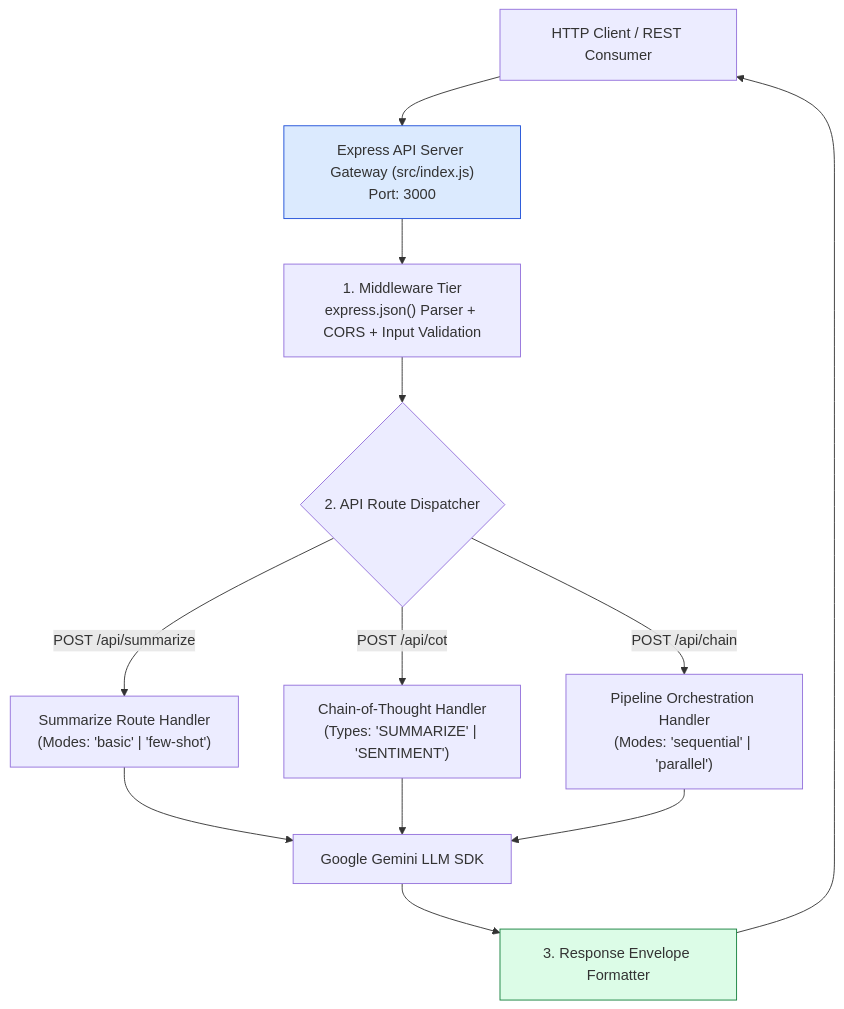
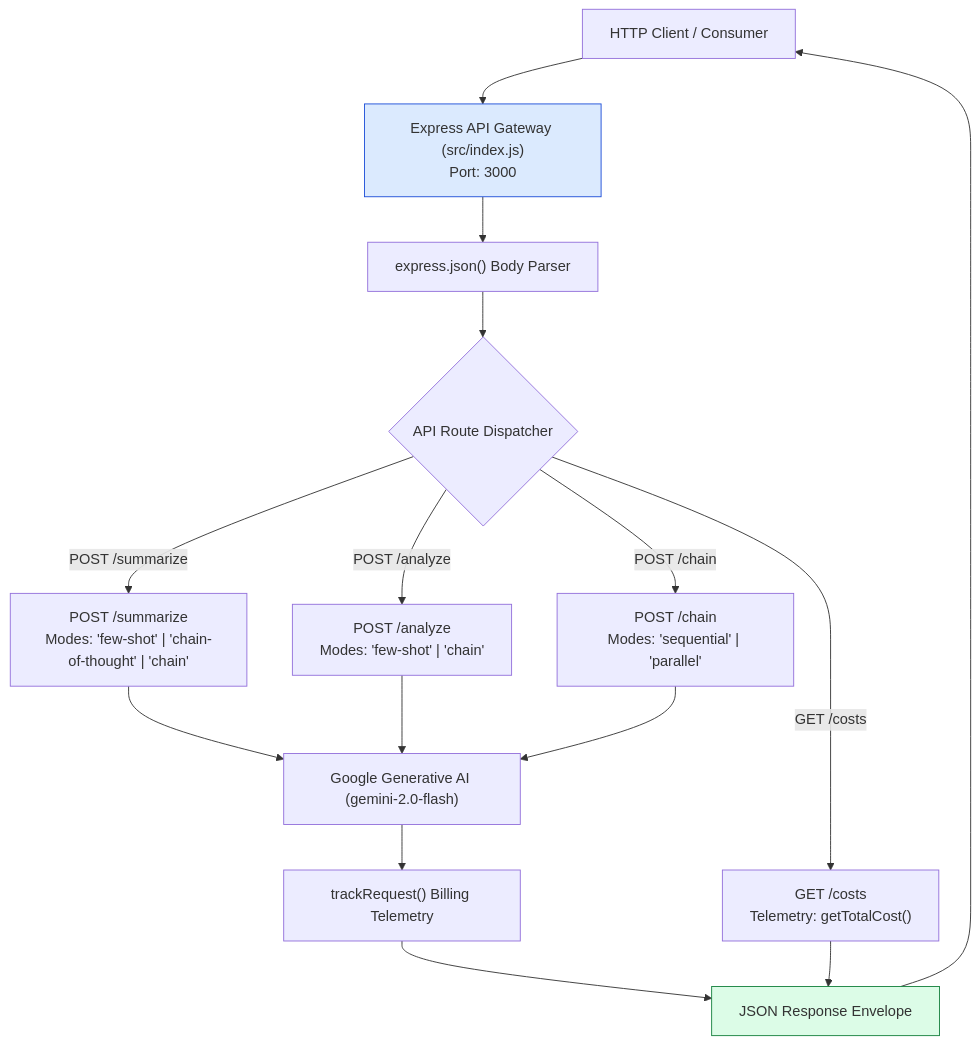
Before and after one commit to Amie-dev/engineering-playbook: the first of 2 diagrams in agentic-ai-notes/01-chai-summarizer/09-summarizer-api-server.md, drawn with Mermaid. The commit also changed other lines of this file and 27 other files, not shown here.

````diff
--- a/agentic-ai-notes/01-chai-summarizer/09-summarizer-api-server.md
+++ b/agentic-ai-notes/01-chai-summarizer/09-summarizer-api-server.md
@@ -13,25 +9,26 @@
 ```mermaid
 flowchart TD
-    Client[HTTP Client / REST Consumer] --> ExpressServer["Express API Server Gateway (src/index.js)<br/>Port: 3000"]
+    Client[HTTP Client / Consumer] --> ExpressGateway["Express API Gateway (src/index.js)<br/>Port: 3000"]
 
-    ExpressServer --> MiddlewareTier["1. Middleware Tier<br/>express.json() Parser + CORS + Input Validation"]
+    ExpressGateway --> JsonParser["express.json() Body Parser"]
 
-    MiddlewareTier --> RouteDispatcher{2. API Route Dispatcher}
+    JsonParser --> Router{API Route Dispatcher}
 
-    RouteDispatcher -- "POST /api/summarize" --> SummarizeHandler["Summarize Route Handler<br/>(Modes: 'basic' | 'few-shot')"]
+    Router -- "POST /summarize" --> SummarizeHandler["POST /summarize<br/>Modes: 'few-shot' | 'chain-of-thought' | 'chain'"]
+    Router -- "POST /analyze" --> AnalyzeHandler["POST /analyze<br/>Modes: 'few-shot' | 'chain'"]
+    Router -- "POST /chain" --> ChainHandler["POST /chain<br/>Modes: 'sequential' | 'parallel'"]
+    Router -- "GET /costs" --> CostsHandler["GET /costs<br/>Telemetry: getTotalCost()"]
 
-    RouteDispatcher -- "POST /api/cot" --> CoTHandler["Chain-of-Thought Handler<br/>(Types: 'SUMMARIZE' | 'SENTIMENT')"]
-
-    RouteDispatcher -- "POST /api/chain" --> ChainHandler["Pipeline Orchestration Handler<br/>(Modes: 'sequential' | 'parallel')"]
-
-    SummarizeHandler --> GeminiSDK["Google Gemini LLM SDK"]
-    CoTHandler --> GeminiSDK
+    SummarizeHandler --> GeminiSDK["Google Generative AI (gemini-2.0-flash)"]
+    AnalyzeHandler --> GeminiSDK
     ChainHandler --> GeminiSDK
 
-    GeminiSDK --> ResponseEnvelope["3. Response Envelope Formatter"]
+    GeminiSDK --> CostTracker["trackRequest() Billing Telemetry"]
+    CostTracker --> ResponseJSON["JSON Response Envelope"]
 
-    ResponseEnvelope --> Client
+    CostsHandler --> ResponseJSON
+    ResponseJSON --> Client
 
-    style ExpressServer fill:#dbeafe,stroke:#1d4ed8
-    style ResponseEnvelope fill:#dcfce7,stroke:#15803d
+    style ExpressGateway fill:#dbeafe,stroke:#1d4ed8
+    style ResponseJSON fill:#dcfce7,stroke:#15803d
 ```
````
